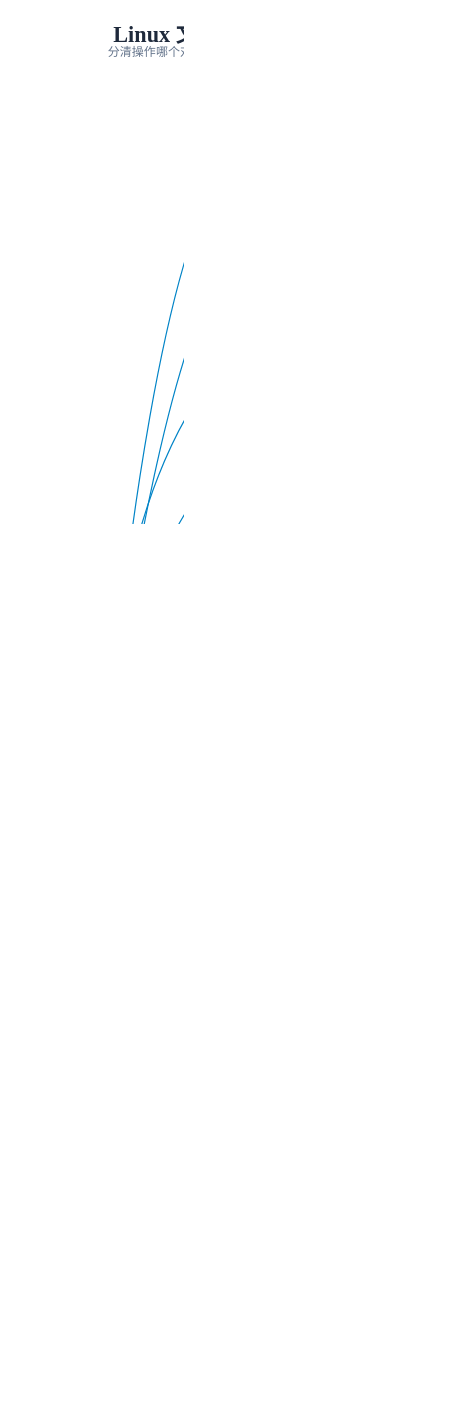
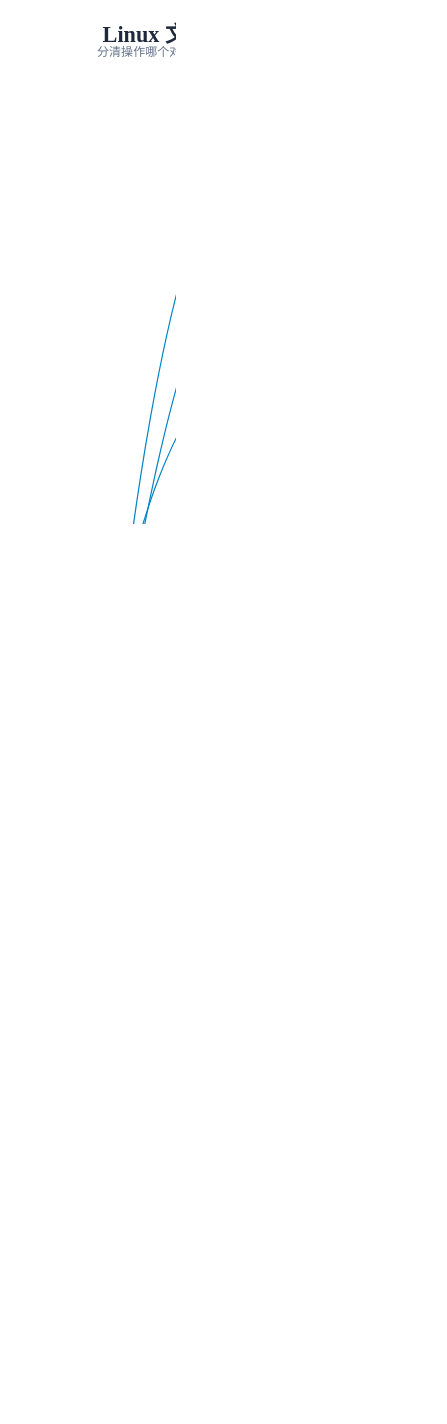
One commit to zingerWang/Jobs changed the diagram in Linux系统API/二.文件IO/file-io-assets/mindmap.dot. Above: the diagram before and after it, drawn with Graphviz. The commit also changed 28 other files, not shown here.

Commit message:
docs: 补充文件 I/O 原理讲解与过程配图

```diff
--- a/Linux系统API/二.文件IO/file-io-assets/mindmap.dot
+++ b/Linux系统API/二.文件IO/file-io-assets/mindmap.dot
@@ -1,35 +1,35 @@
 digraph G {
 graph [rankdir=LR, bgcolor="white", dpi=200, pad=0.3, nodesep=0.22, ranksep=0.6, fontname="PingFang SC", labelloc=t, label=<<FONT POINT-SIZE="24" COLOR="#1E293B"><B>Linux 文件 I/O：知识关系图</B></FONT><BR/><FONT POINT-SIZE="13" COLOR="#64748B">分清操作哪个对象、数据到哪一步、何时完成和释放资源</FONT>>];
 node [shape=plaintext, fontname="PingFang SC"];
 edge [fontname="PingFang SC", fontsize=11, arrowsize=0.7, arrowhead=normal, penwidth=1.3];
 root [label=<<TABLE BORDER="0" CELLBORDER="0" CELLSPACING="0" CELLPADDING="10"><TR><TD BGCOLOR="#4F46E5"><FONT COLOR="white" POINT-SIZE="15"><B>Linux 文件 I/O</B></FONT></TD></TR><TR><TD BGCOLOR="#EEF2FF" ALIGN="LEFT"><FONT COLOR="#1E293B" POINT-SIZE="12">对象与偏移 → 缓冲与持久化<BR ALIGN="LEFT"/>映射、零拷贝与异步读写</FONT></TD></TR></TABLE>>];
 n0 [label=<<TABLE BORDER="0" CELLBORDER="0" CELLSPACING="0" CELLPADDING="10"><TR><TD BGCOLOR="#0284C7"><FONT COLOR="white" POINT-SIZE="15"><B>一、对象关系</B></FONT></TD></TR><TR><TD BGCOLOR="#F0F9FF" ALIGN="LEFT"><FONT COLOR="#1E293B" POINT-SIZE="12">fd → 打开文件描述 → inode<BR ALIGN="LEFT"/>dup 共享偏移；独立 open 分离偏移</FONT></TD></TR></TABLE>>];
-n1 [label=<<TABLE BORDER="0" CELLBORDER="0" CELLSPACING="0" CELLPADDING="10"><TR><TD BGCOLOR="#0284C7"><FONT COLOR="white" POINT-SIZE="15"><B>二、基础读写</B></FONT></TD></TR><TR><TD BGCOLOR="#F0F9FF" ALIGN="LEFT"><FONT COLOR="#1E293B" POINT-SIZE="12">open / read / write / close / lseek<BR ALIGN="LEFT"/>短传输、EOF、EINTR、EAGAIN</FONT></TD></TR></TABLE>>];
+n1 [label=<<TABLE BORDER="0" CELLBORDER="0" CELLSPACING="0" CELLPADDING="10"><TR><TD BGCOLOR="#0284C7"><FONT COLOR="white" POINT-SIZE="15"><B>二、基础读写</B></FONT></TD></TR><TR><TD BGCOLOR="#F0F9FF" ALIGN="LEFT"><FONT COLOR="#1E293B" POINT-SIZE="12">open / read / write / close / lseek<BR ALIGN="LEFT"/>页缓存取数据；短写推进指针与长度</FONT></TD></TR></TABLE>>];
 n2 [label=<<TABLE BORDER="0" CELLBORDER="0" CELLSPACING="0" CELLPADDING="10"><TR><TD BGCOLOR="#0284C7"><FONT COLOR="white" POINT-SIZE="15"><B>三、控制与复制</B></FONT></TD></TR><TR><TD BGCOLOR="#F0F9FF" ALIGN="LEFT"><FONT COLOR="#1E293B" POINT-SIZE="12">fcntl 区分状态标志与 fd 标志<BR ALIGN="LEFT"/>dup2 让指定 fd 改为指向另一个文件</FONT></TD></TR></TABLE>>];
 n3 [label=<<TABLE BORDER="0" CELLBORDER="0" CELLSPACING="0" CELLPADDING="10"><TR><TD BGCOLOR="#0284C7"><FONT COLOR="white" POINT-SIZE="15"><B>四、分散聚集 I/O</B></FONT></TD></TR><TR><TD BGCOLOR="#F0F9FF" ALIGN="LEFT"><FONT COLOR="#1E293B" POINT-SIZE="12">readv / writev 组织多块缓冲区<BR ALIGN="LEFT"/>处理部分完成，不创造消息边界</FONT></TD></TR></TABLE>>];
 n4 [label=<<TABLE BORDER="0" CELLBORDER="0" CELLSPACING="0" CELLPADDING="10"><TR><TD BGCOLOR="#E11D48"><FONT COLOR="white" POINT-SIZE="15"><B>五、指定偏移</B></FONT></TD></TR><TR><TD BGCOLOR="#FFF1F2" ALIGN="LEFT"><FONT COLOR="#1E293B" POINT-SIZE="12">pread / pwrite 避免共享偏移竞争<BR ALIGN="LEFT"/>不是业务事务或断电原子写</FONT></TD></TR></TABLE>>];
 n5 [label=<<TABLE BORDER="0" CELLBORDER="0" CELLSPACING="0" CELLPADDING="10"><TR><TD BGCOLOR="#D97706"><FONT COLOR="white" POINT-SIZE="15"><B>六、两层缓冲</B></FONT></TD></TR><TR><TD BGCOLOR="#FFFBEB" ALIGN="LEFT"><FONT COLOR="#1E293B" POINT-SIZE="12">stdio 用户缓冲与内核页缓存<BR ALIGN="LEFT"/>fflush 不等于 fsync</FONT></TD></TR></TABLE>>];
 n6 [label=<<TABLE BORDER="0" CELLBORDER="0" CELLSPACING="0" CELLPADDING="10"><TR><TD BGCOLOR="#0D9488"><FONT COLOR="white" POINT-SIZE="15"><B>七、持久化</B></FONT></TD></TR><TR><TD BGCOLOR="#F0FDFA" ALIGN="LEFT"><FONT COLOR="#1E293B" POINT-SIZE="12">fsync / fdatasync / sync 范围不同<BR ALIGN="LEFT"/>临时文件同步 → rename → 目录同步</FONT></TD></TR></TABLE>>];
 n7 [label=<<TABLE BORDER="0" CELLBORDER="0" CELLSPACING="0" CELLPADDING="10"><TR><TD BGCOLOR="#7C3AED"><FONT COLOR="white" POINT-SIZE="15"><B>八、直接 I/O</B></FONT></TD></TR><TR><TD BGCOLOR="#F5F3FF" ALIGN="LEFT"><FONT COLOR="#1E293B" POINT-SIZE="12">O_DIRECT：支持、地址与长度对齐<BR ALIGN="LEFT"/>不等于更快，不等于持久化</FONT></TD></TR></TABLE>>];
 n8 [label=<<TABLE BORDER="0" CELLBORDER="0" CELLSPACING="0" CELLPADDING="10"><TR><TD BGCOLOR="#475569"><FONT COLOR="white" POINT-SIZE="15"><B>九、文件元信息</B></FONT></TD></TR><TR><TD BGCOLOR="#F8FAFC" ALIGN="LEFT"><FONT COLOR="#1E293B" POINT-SIZE="12">stat 路径；fstat 已打开对象<BR ALIGN="LEFT"/>权限取决于 mode / umask / ACL</FONT></TD></TR></TABLE>>];
-n9 [label=<<TABLE BORDER="0" CELLBORDER="0" CELLSPACING="0" CELLPADDING="10"><TR><TD BGCOLOR="#7C3AED"><FONT COLOR="white" POINT-SIZE="15"><B>十、映射与分配</B></FONT></TD></TR><TR><TD BGCOLOR="#F5F3FF" ALIGN="LEFT"><FONT COLOR="#1E293B" POINT-SIZE="12">mmap：私有写时复制、共享仍需同步<BR ALIGN="LEFT"/>brk / mmap 支撑分配器，free 可先缓存</FONT></TD></TR></TABLE>>];
+n9 [label=<<TABLE BORDER="0" CELLBORDER="0" CELLSPACING="0" CELLPADDING="10"><TR><TD BGCOLOR="#7C3AED"><FONT COLOR="white" POINT-SIZE="15"><B>十、映射与分配</B></FONT></TD></TR><TR><TD BGCOLOR="#F5F3FF" ALIGN="LEFT"><FONT COLOR="#1E293B" POINT-SIZE="12">缺页时补映射；私有写复制页面<BR ALIGN="LEFT"/>brk / mmap 支撑分配器，free 可先缓存</FONT></TD></TR></TABLE>>];
 n10 [label=<<TABLE BORDER="0" CELLBORDER="0" CELLSPACING="0" CELLPADDING="10"><TR><TD BGCOLOR="#0284C7"><FONT COLOR="white" POINT-SIZE="15"><B>十一、零拷贝</B></FONT></TD></TR><TR><TD BGCOLOR="#F0F9FF" ALIGN="LEFT"><FONT COLOR="#1E293B" POINT-SIZE="12">sendfile / splice 减少用户态中转<BR ALIGN="LEFT"/>tee 保留原数据；接收方慢时需要等待</FONT></TD></TR></TABLE>>];
-n11 [label=<<TABLE BORDER="0" CELLBORDER="0" CELLSPACING="0" CELLPADDING="10"><TR><TD BGCOLOR="#7C3AED"><FONT COLOR="white" POINT-SIZE="15"><B>十二、I/O 模型</B></FONT></TD></TR><TR><TD BGCOLOR="#F5F3FF" ALIGN="LEFT"><FONT COLOR="#1E293B" POINT-SIZE="12">阻塞 / 非阻塞 / 复用 / 信号驱动<BR ALIGN="LEFT"/>异步：先提交再取结果，完成前不释放缓冲区</FONT></TD></TR></TABLE>>];
+n11 [label=<<TABLE BORDER="0" CELLBORDER="0" CELLSPACING="0" CELLPADDING="10"><TR><TD BGCOLOR="#7C3AED"><FONT COLOR="white" POINT-SIZE="15"><B>十二、I/O 模型</B></FONT></TD></TR><TR><TD BGCOLOR="#F5F3FF" ALIGN="LEFT"><FONT COLOR="#1E293B" POINT-SIZE="12">epoll 等就绪；ET 读到 EAGAIN<BR ALIGN="LEFT"/>io_uring 按请求识别完成，再复用缓冲区</FONT></TD></TR></TABLE>>];
 n12 [label=<<TABLE BORDER="0" CELLBORDER="0" CELLSPACING="0" CELLPADDING="10"><TR><TD BGCOLOR="#0D9488"><FONT COLOR="white" POINT-SIZE="15"><B>十三、选型与验证</B></FONT></TD></TR><TR><TD BGCOLOR="#F0FDFA" ALIGN="LEFT"><FONT COLOR="#1E293B" POINT-SIZE="12">按负载、缓存、块大小和队列深度比较<BR ALIGN="LEFT"/>正确性、吞吐、尾延迟及实际验证范围</FONT></TD></TR></TABLE>>];
 n13 [label=<<TABLE BORDER="0" CELLBORDER="0" CELLSPACING="0" CELLPADDING="10"><TR><TD BGCOLOR="#475569"><FONT COLOR="white" POINT-SIZE="15"><B>十四、面试与 Q&amp;A</B></FONT></TD></TR><TR><TD BGCOLOR="#F8FAFC" ALIGN="LEFT"><FONT COLOR="#1E293B" POINT-SIZE="12">问题 → 机制 → 取舍<BR ALIGN="LEFT"/>以失败路径和边界检验理解</FONT></TD></TR></TABLE>>];
 root -> n0 [label="", color="#0284C7", fontcolor="#0284C7"];
 root -> n1 [label="", color="#0284C7", fontcolor="#0284C7"];
 root -> n2 [label="", color="#0284C7", fontcolor="#0284C7"];
 root -> n3 [label="", color="#0284C7", fontcolor="#0284C7"];
 root -> n4 [label="", color="#E11D48", fontcolor="#E11D48"];
 root -> n5 [label="", color="#D97706", fontcolor="#D97706"];
 root -> n6 [label="", color="#0D9488", fontcolor="#0D9488"];
 root -> n7 [label="", color="#7C3AED", fontcolor="#7C3AED"];
 root -> n8 [label="", color="#475569", fontcolor="#475569"];
 root -> n9 [label="", color="#7C3AED", fontcolor="#7C3AED"];
 root -> n10 [label="", color="#0284C7", fontcolor="#0284C7"];
 root -> n11 [label="", color="#7C3AED", fontcolor="#7C3AED"];
 root -> n12 [label="", color="#0D9488", fontcolor="#0D9488"];
 root -> n13 [label="", color="#475569", fontcolor="#475569"];
 
 }
```
